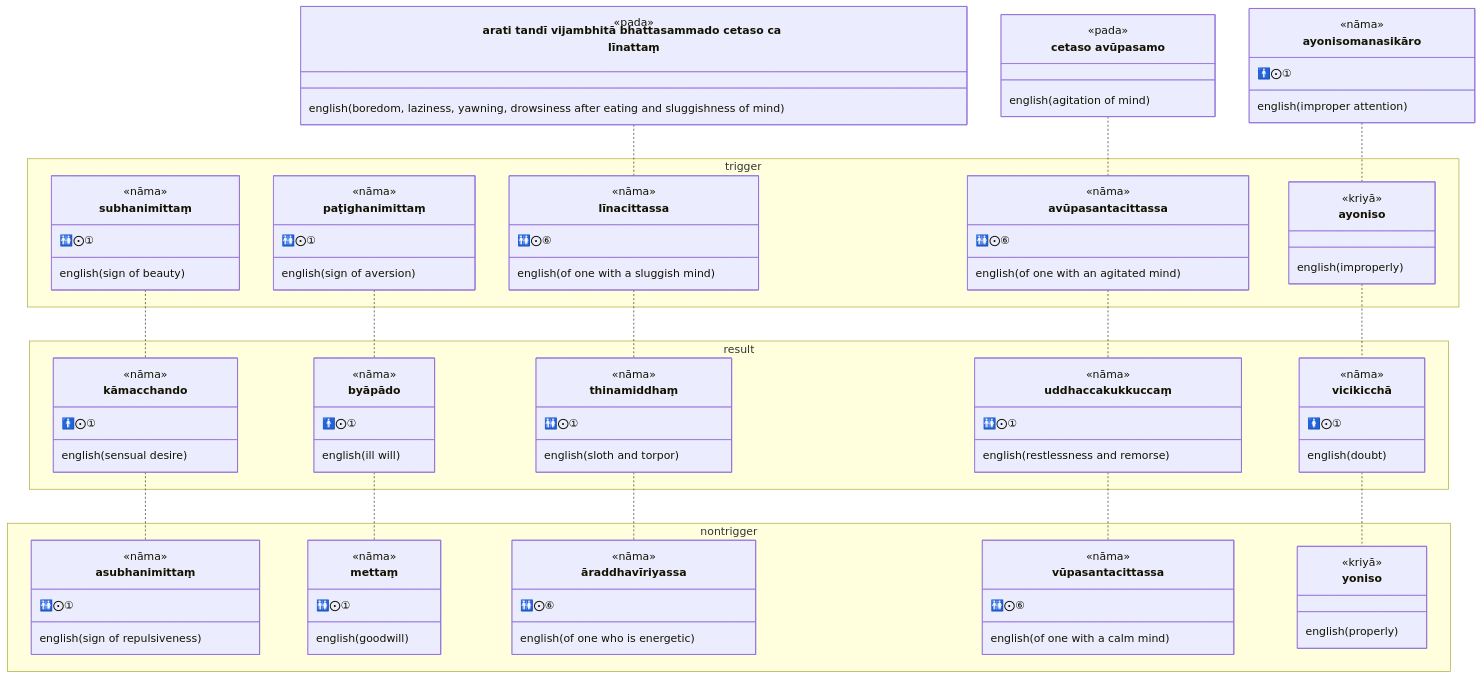
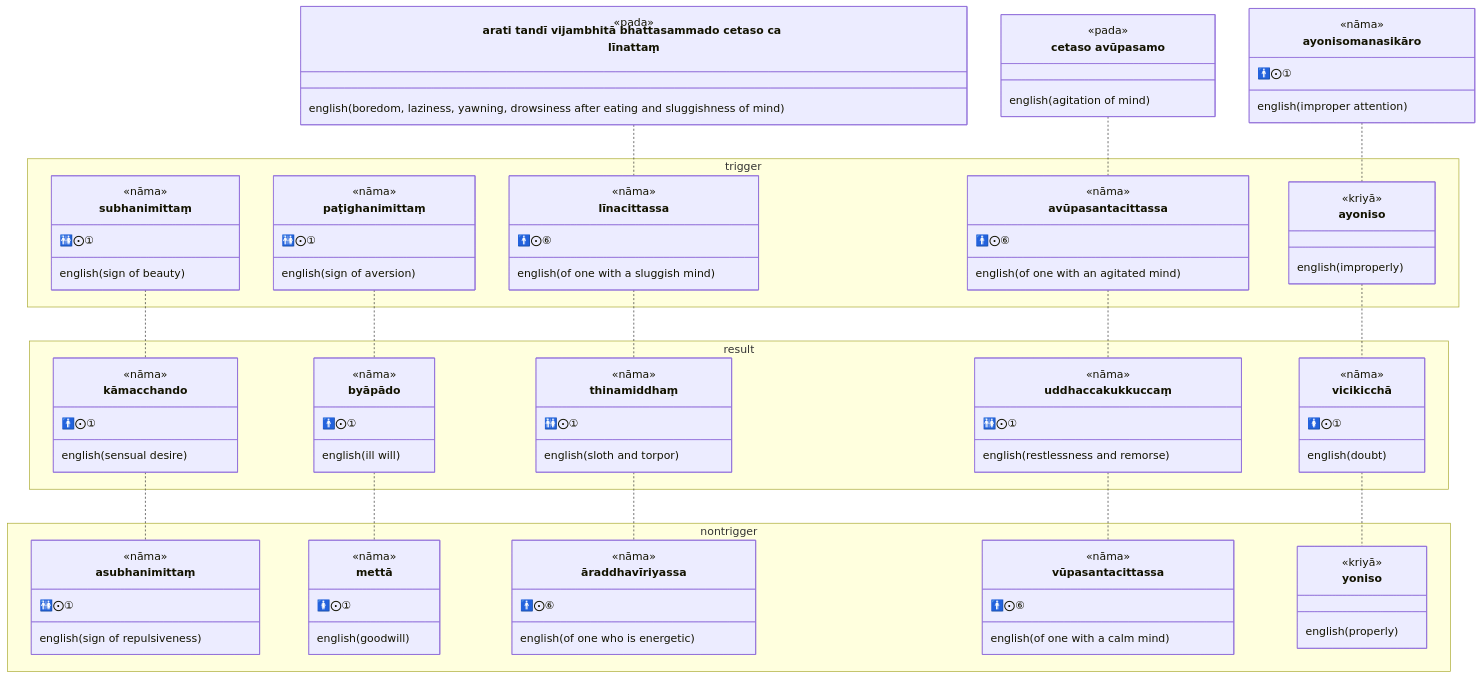
One commit to ChristineTham/buddhavacana changed the third of 3 diagrams in src/content/docs/Sutta/hindrances.md. Above: the diagram before and after it, drawn with Mermaid. The commit also changed other lines of this file and 27 other files, not shown here.

```diff
--- a/src/content/docs/Sutta/hindrances.md
+++ b/src/content/docs/Sutta/hindrances.md
@@ -300,12 +300,12 @@
     }
     class līnacittassa {
       <<nāma>>
-      🚻⨀⑥
+      🚹⨀⑥
       english(of one with a sluggish mind)
     }
     class avūpasantacittassa {
       <<nāma>>
-      🚻⨀⑥
+      🚹⨀⑥
       english(of one with an agitated mind)
     }
     class ayoniso {
@@ -346,19 +346,19 @@
       🚻⨀①
       english(sign of repulsiveness)
     }
-    class mettaṃ {
+    class mettā {
       <<nāma>>
-      🚻⨀①
+      🚺⨀①
       english(goodwill)
     }
     class āraddhavīriyassa {
       <<nāma>>
-      🚻⨀⑥
+      🚹⨀⑥
       english(of one who is energetic)
     }
     class vūpasantacittassa {
       <<nāma>>
-      🚻⨀⑥
+      🚹⨀⑥
       english(of one with a calm mind)
     }
     class yoniso {
@@ -369,7 +369,7 @@
   subhanimittaṃ .. kāmacchando
   kāmacchando .. asubhanimittaṃ
   paṭighanimittaṃ .. byāpādo
-  byāpādo .. mettaṃ
+  byāpādo .. mettā
   līnacitta .. līnacittassa
   līnacittassa .. thinamiddhaṃ
   thinamiddhaṃ .. āraddhavīriyassa
```
